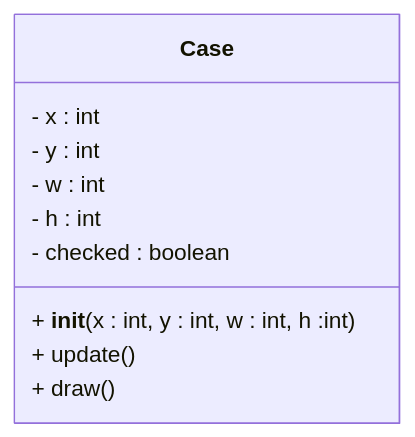
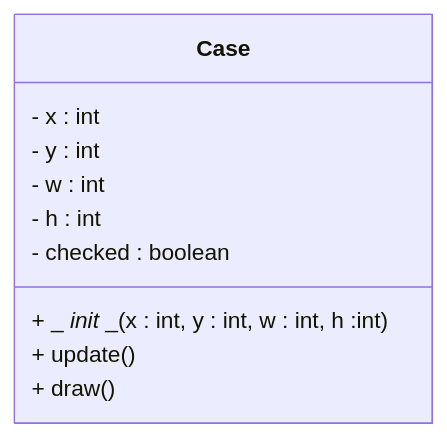
The first of 3 diagrams in docs/bts-2/80-battleships-2.md (bts-ciel-immac-laval/bts-ciel-immac-laval.github.io), drawn with Mermaid before and after one commit. The commit also changed other lines of this file and 1 other file, not shown here.

````diff
--- a/docs/bts-2/80-battleships-2.md
+++ b/docs/bts-2/80-battleships-2.md
@@ -298,13 +298,13 @@
     ``` mermaid
     classDiagram
         class Case {
             - x : int
             - y : int
             - w : int
             - h : int
             - checked : boolean
-            + __init__(x : int, y : int, w : int, h :int)
+            + _ _init_ _(x : int, y : int, w : int, h :int)
             + update()
             + draw()
         }
     ```
````
